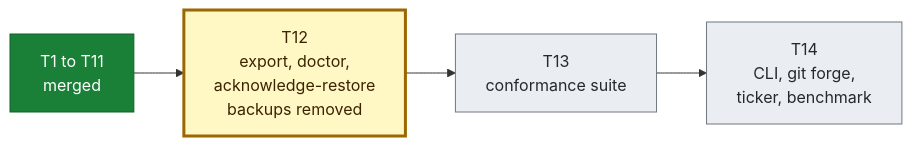
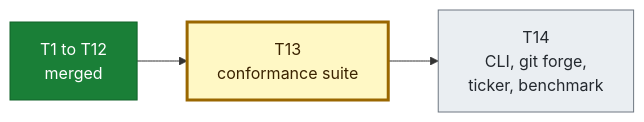
Before and after one commit to crenshawdev/baley: the second of 2 diagrams in docs/roadmap.md, drawn with Mermaid. The commit also changed other lines of this file, not shown here.

Commit message:
docs(roadmap): mark T12 merged, drop #52, and close the three empty milestones

````diff
--- a/docs/roadmap.md
+++ b/docs/roadmap.md
@@ -60,17 +60,16 @@
 ```mermaid
 flowchart LR
-    T1["T1 to T11<br/>merged"]
-    T12["T12<br/>export, doctor,<br/>acknowledge-restore<br/>backups removed"]
+    T1["T1 to T12<br/>merged"]
     T13["T13<br/>conformance suite"]
     T14["T14<br/>CLI, git forge,<br/>ticker, benchmark"]
 
-    T1 --> T12 --> T13 --> T14
+    T1 --> T13 --> T14
 
     classDef done fill:#1a7f37,stroke:#116329,color:#ffffff
     classDef next fill:#fff8c5,stroke:#9a6700,stroke-width:3px,color:#3b2300
     classDef planned fill:#eaeef2,stroke:#6e7781,color:#24292f
 
     class T1 done
-    class T12 next
-    class T13,T14 planned
+    class T13 next
+    class T14 planned
 ```
````
